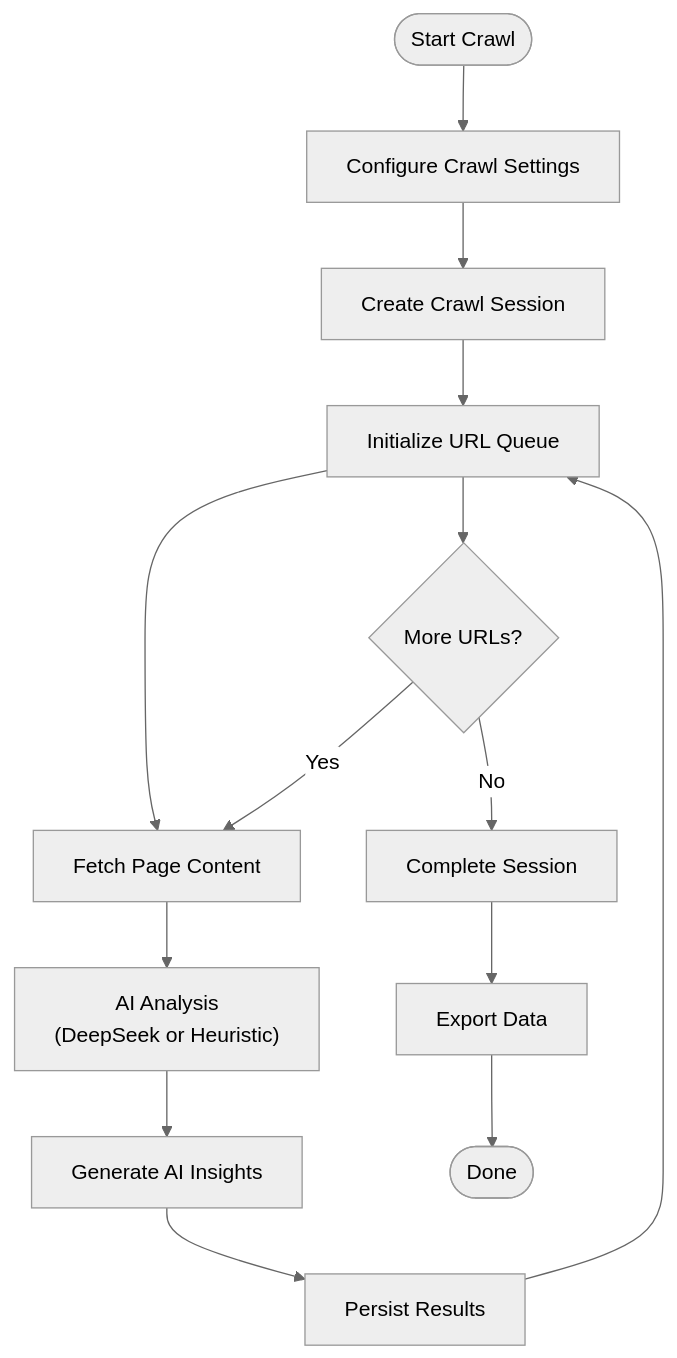
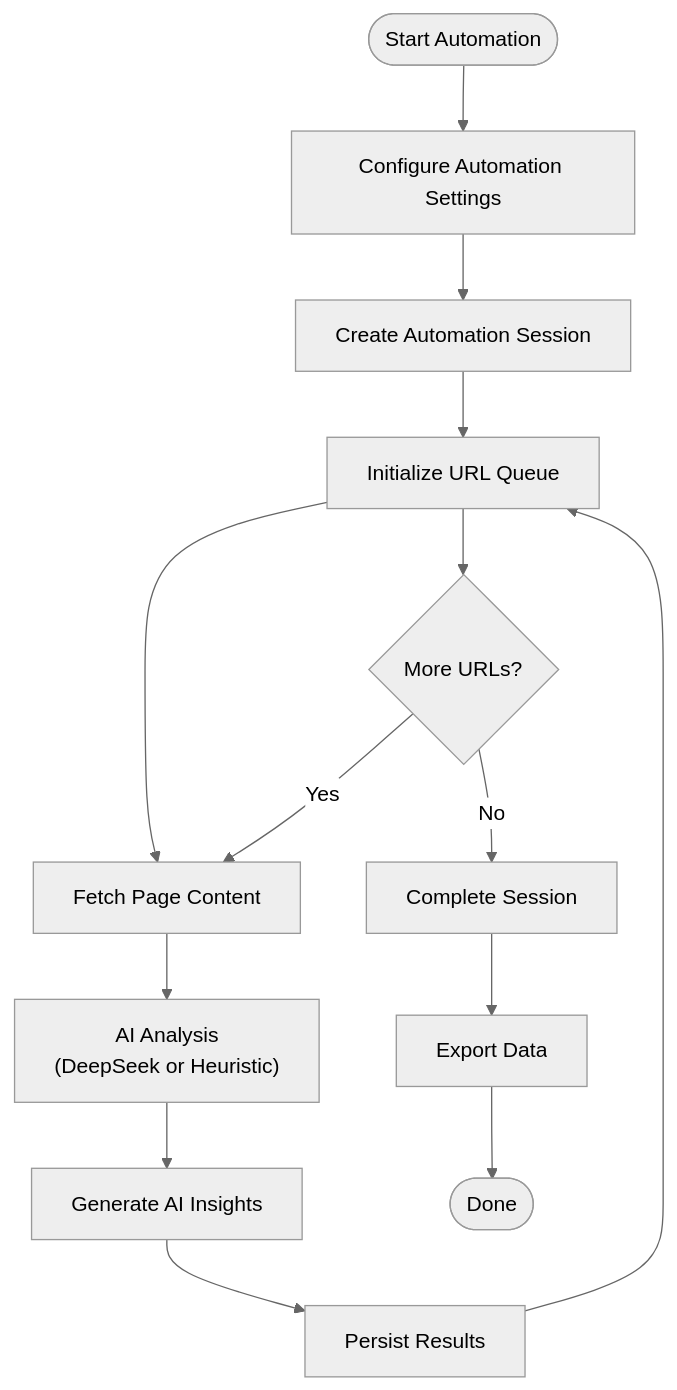
Before and after one commit to arhamymr/hexbuffer: the ninth of 11 diagrams in .qoder/repowiki/en/content/AI Integration/AI Integration.md, drawn with Mermaid (neutral theme). The commit also changed 49 other files, not shown here.

````diff
--- a/.qoder/repowiki/en/content/AI Integration/AI Integration.md
+++ b/.qoder/repowiki/en/content/AI Integration/AI Integration.md
@@ -453,16 +453,16 @@
 ```mermaid
 flowchart TD
-Start(["Start Crawl"]) --> Setup["Configure Crawl Settings"]
-Setup --> Session["Create Crawl Session"]
+Start(["Start Automation"]) --> Setup["Configure Automation Settings"]
+Setup --> Session["Create Automation Session"]
 Session --> Queue["Initialize URL Queue"]
 Queue --> Fetch["Fetch Page Content"]
 Fetch --> Analyze["AI Analysis<br/>(DeepSeek or Heuristic)"]
 Analyze --> Insights["Generate AI Insights"]
 Insights --> Store["Persist Results"]
 Store --> Queue
 Queue --> More{"More URLs?"}
 More --> |Yes| Fetch
 More --> |No| Complete["Complete Session"]
 Complete --> Export["Export Data"]
 Export --> End(["Done"])
 ```
````
